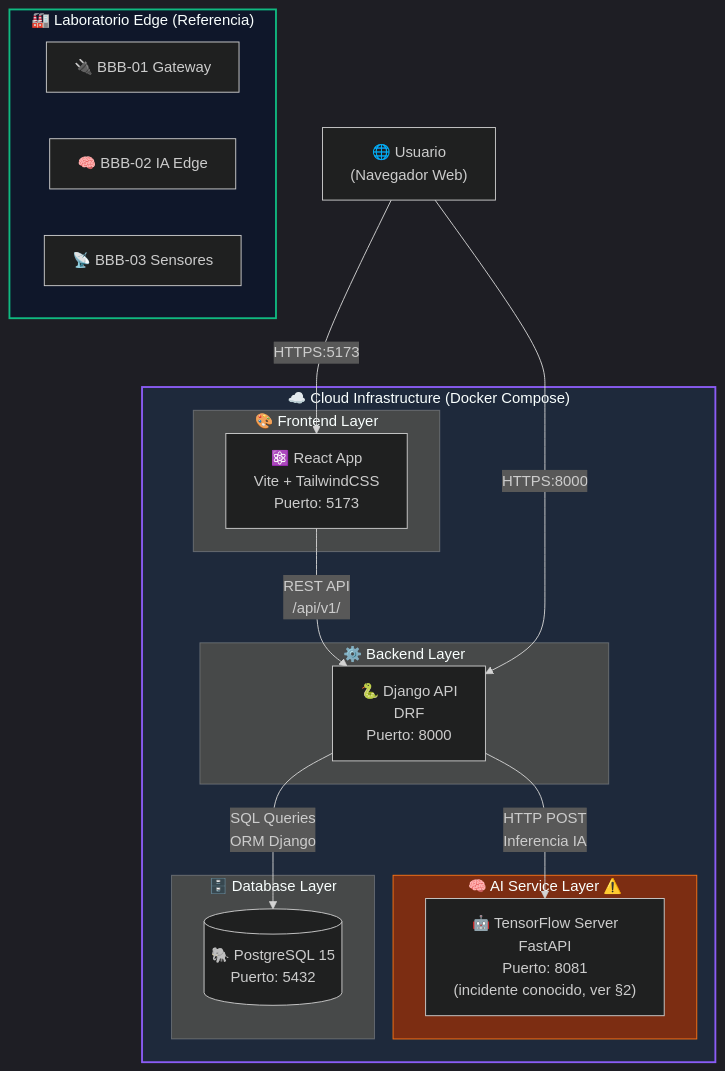
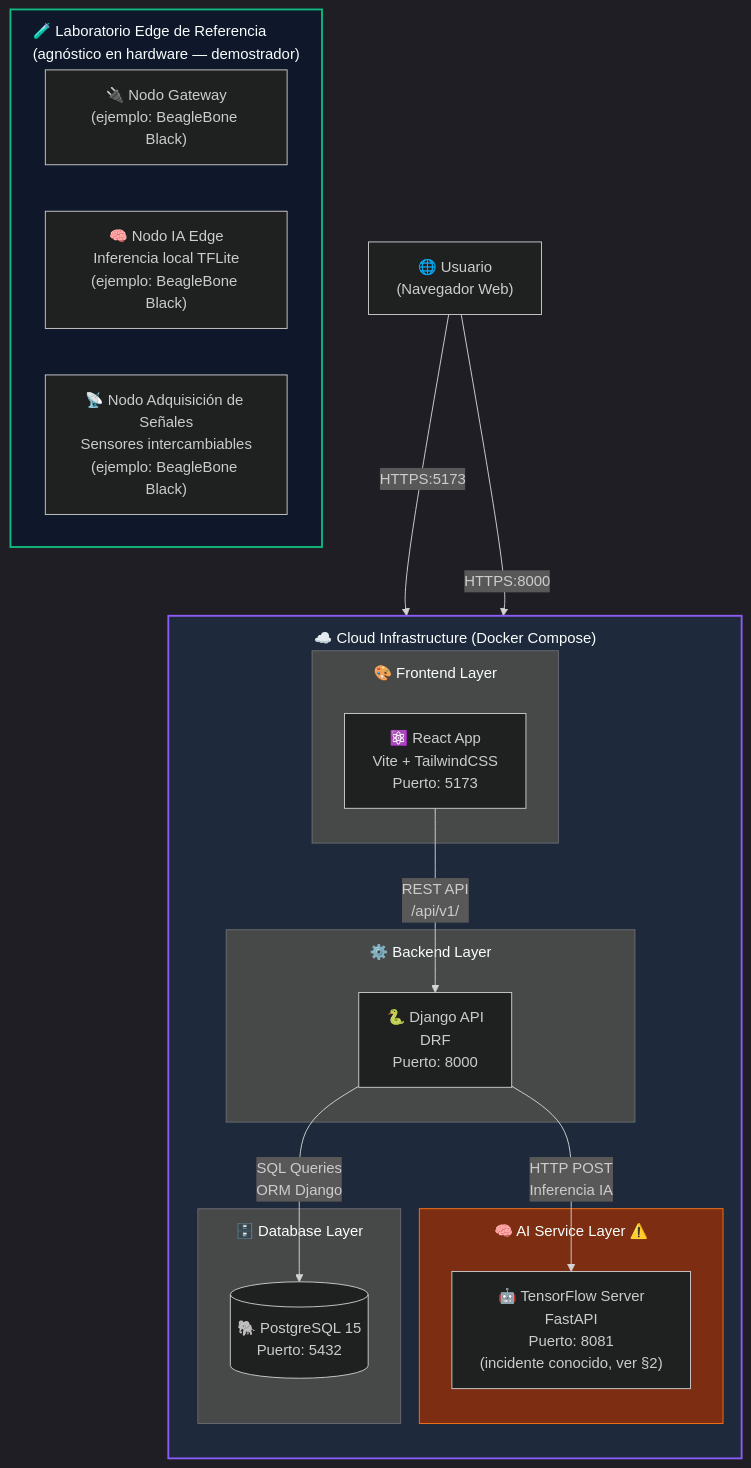
One commit to badolgm/sigcTiArural changed the fourth of 5 diagrams in README.md. Above: the diagram before and after it, drawn with Mermaid. The commit also changed other lines of this file and 1 other file, not shown here.

Commit message:
docs(readme): finalize V8 architecture alignment and visual layout fixes

````diff
--- a/README.md
+++ b/README.md
@@ -270,40 +295,41 @@
 ```mermaid
-%%{init: {'theme':'dark', 'flowchart': {'curve':'basis'}}}%%
+%%{init: {'theme':'dark', 'flowchart': {'curve':'basis', 'subGraphTitleMargin': {'top': 12, 'bottom': 18}}}}%%
 flowchart TB
     U["🌐 Usuario<br/>(Navegador Web)"]
 
     subgraph cloud["☁️ Cloud Infrastructure (Docker Compose)"]
+        direction TB
         subgraph frontend["🎨 Frontend Layer"]
             FE["⚛️ React App<br/>Vite + TailwindCSS<br/>Puerto: 5173"]
         end
 
         subgraph backend["⚙️ Backend Layer"]
             API["🐍 Django API<br/>DRF<br/>Puerto: 8000"]
         end
 
         subgraph ai["🧠 AI Service Layer ⚠️"]
             AIS["🤖 TensorFlow Server<br/>FastAPI<br/>Puerto: 8081<br/>(incidente conocido, ver §2)"]
         end
 
         subgraph db["🗄️ Database Layer"]
             DB[("🐘 PostgreSQL 15<br/>Puerto: 5432")]
         end
 
         FE -->|"REST API<br/>/api/v1/"| API
         API -->|"SQL Queries<br/>ORM Django"| DB
         API -->|"HTTP POST<br/>Inferencia IA"| AIS
     end
 
-    subgraph edge["🏭 Laboratorio Edge (Referencia)"]
-        GW["🔌 BBB-01 Gateway"]
-        IA_EDGE["🧠 BBB-02 IA Edge"]
-        IOT["📡 BBB-03 Sensores"]
+    subgraph edge["🧪 Laboratorio Edge de Referencia<br/>(agnóstico en hardware — demostrador)"]
+        GW["🔌 Nodo Gateway<br/>(ejemplo: BeagleBone Black)"]
+        IA_EDGE["🧠 Nodo IA Edge<br/>Inferencia local TFLite<br/>(ejemplo: BeagleBone Black)"]
+        IOT["📡 Nodo Adquisición de Señales<br/>Sensores intercambiables<br/>(ejemplo: BeagleBone Black)"]
     end
 
     U -->|"HTTPS:5173"| FE
     U -->|"HTTPS:8000"| API
 
     style cloud fill:#1e293b,stroke:#8b5cf6,stroke-width:2px
     style edge fill:#0f172a,stroke:#10b981,stroke-width:2px
     style ai fill:#7c2d12,stroke:#f97316
 ```
````
